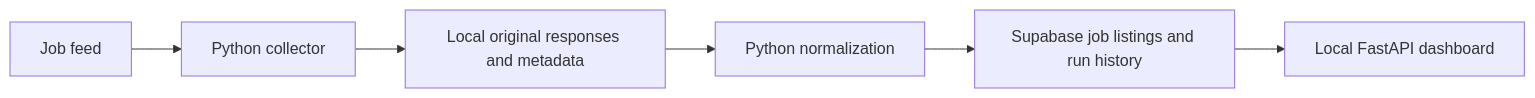
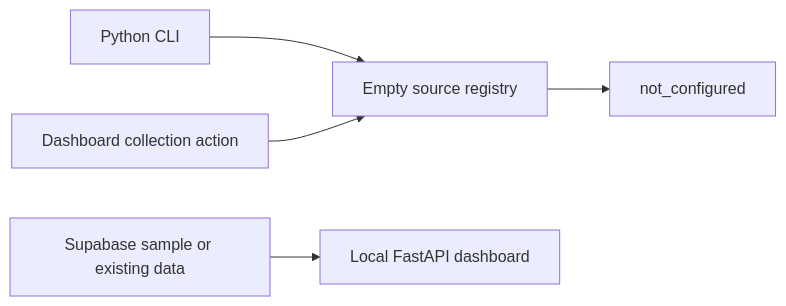
The diagram in README.md (PejaLattrell/QueryWork-PH), drawn with Mermaid before and after one commit. The commit also changed other lines of this file and 27 other files, not shown here.

````diff
--- a/README.md
+++ b/README.md
@@ -9,8 +9,7 @@
 ```mermaid
 flowchart LR
-    Feed[Job feed] --> Python[Python collector]
-    Python --> Raw[Local original responses and metadata]
-    Raw --> Normalize[Python normalization]
-    Normalize --> DB[Supabase job listings and run history]
-    DB --> App[Local FastAPI dashboard]
+    CLI[Python CLI] --> Gate[Empty source registry]
+    Trigger[Dashboard collection action] --> Gate
+    Gate --> Status[not_configured]
+    DB[Supabase sample or existing data] --> App[Local FastAPI dashboard]
 ```
````
